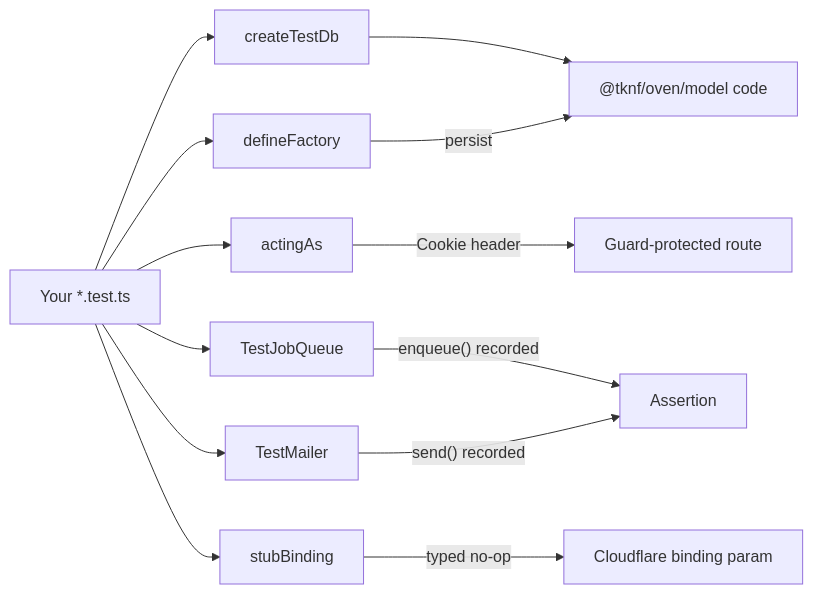
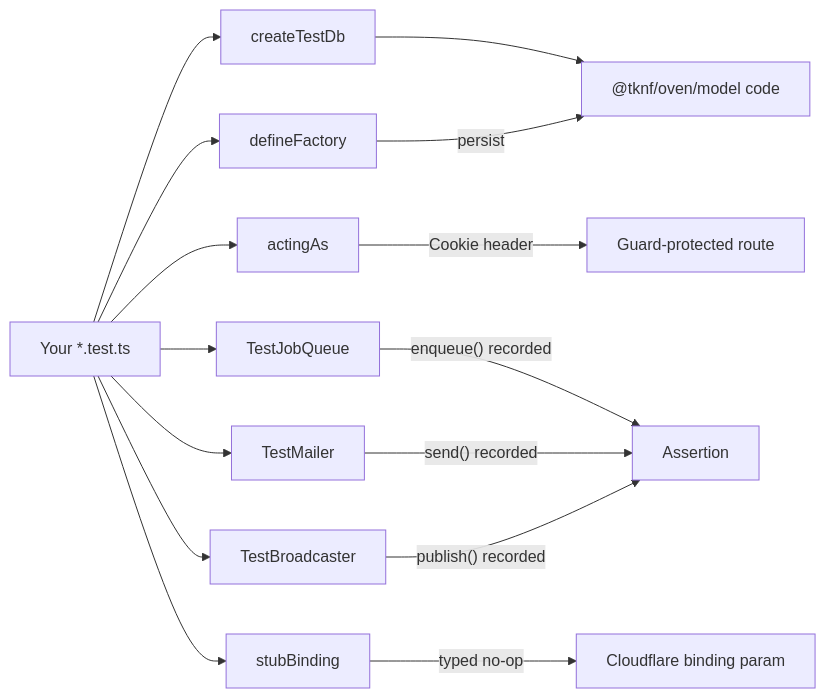
One commit to tknf/oven changed the diagram in docs/testing.md. Above: the diagram before and after it, drawn with Mermaid. The commit also changed other lines of this file and 12 other files, not shown here.

First line of the commit message:
Add PruneExpiredRecordsJob (three dialects) and TestBroadcaster

````diff
--- a/docs/testing.md
+++ b/docs/testing.md
@@ -29,9 +29,10 @@
 ```mermaid
 flowchart LR
     Test["Your *.test.ts"] --> createTestDb --> Model["@tknf/oven/model code"]
     Test --> defineFactory -->|persist| Model
     Test --> actingAs -->|Cookie header| Guard["Guard-protected route"]
     Test --> TestJobQueue -->|"enqueue() recorded"| Assertion
     Test --> TestMailer -->|"send() recorded"| Assertion
+    Test --> TestBroadcaster -->|"publish() recorded"| Assertion
     Test --> stubBinding -->|"typed no-op"| Binding["Cloudflare binding param"]
 ```
````
